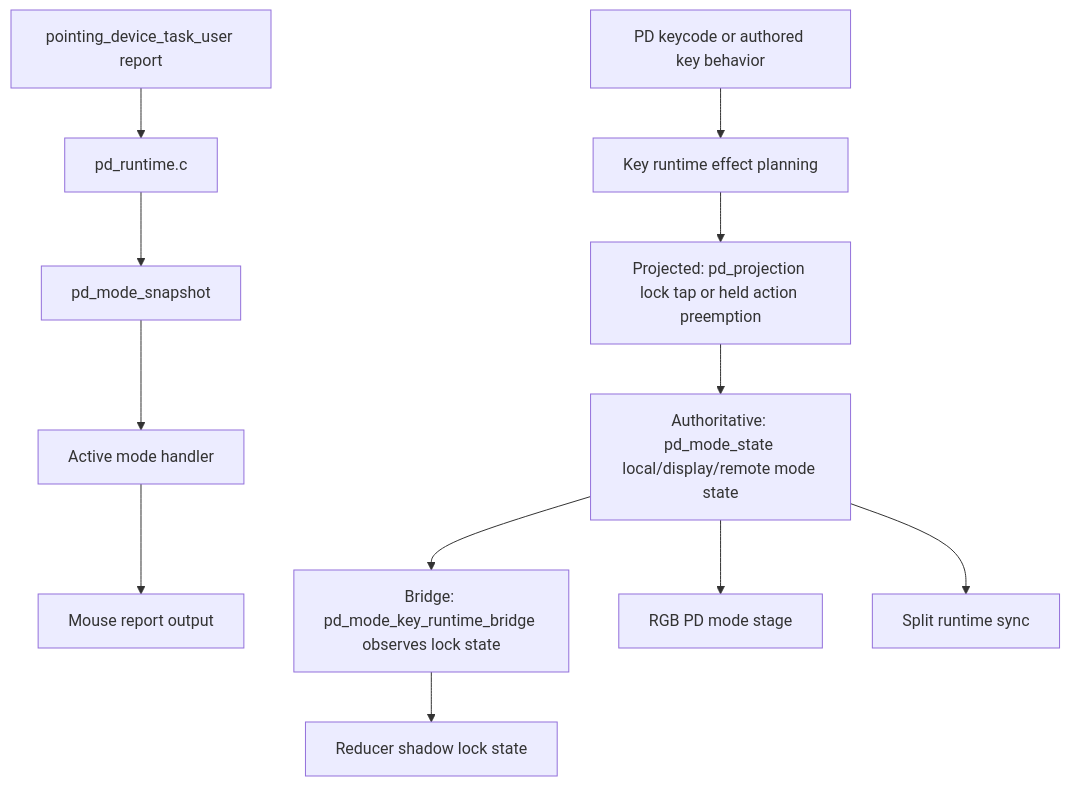
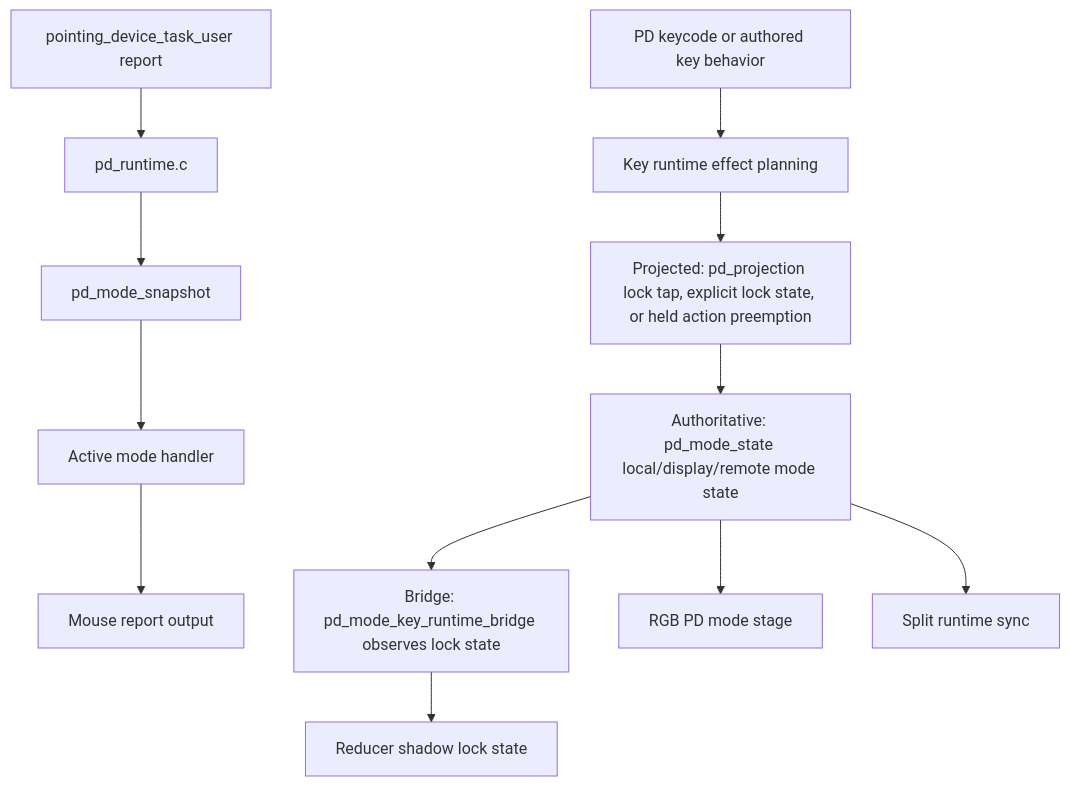
One commit to NoahCLR/charybdis-4x6 changed the sixth of 10 diagrams in docs/architecture/runtime-flow.md. Above: the diagram before and after it, drawn with Mermaid. The commit also changed other lines of this file and 27 other files, not shown here.

````diff
--- a/docs/architecture/runtime-flow.md
+++ b/docs/architecture/runtime-flow.md
@@ -119,14 +123,14 @@
 ```mermaid
 flowchart TD
     key["PD keycode or authored key behavior"] --> key_runtime["Key runtime effect planning"]
-    key_runtime --> pd_projection["Projected: pd_projection lock tap or held action preemption"]
+    key_runtime --> pd_projection["Projected: pd_projection lock tap, explicit lock state, or held action preemption"]
     pd_projection --> pd_state["Authoritative: pd_mode_state local/display/remote mode state"]
     pointer["pointing_device_task_user report"] --> pd_runtime["pd_runtime.c"]
     pd_runtime --> snapshot["pd_mode_snapshot"]
     snapshot --> handler["Active mode handler"]
     handler --> output["Mouse report output"]
     pd_state --> bridge["Bridge: pd_mode_key_runtime_bridge observes lock state"]
     bridge --> reducer_shadow["Reducer shadow lock state"]
     pd_state --> rgb["RGB PD mode stage"]
     pd_state --> split["Split runtime sync"]
 ```
````
